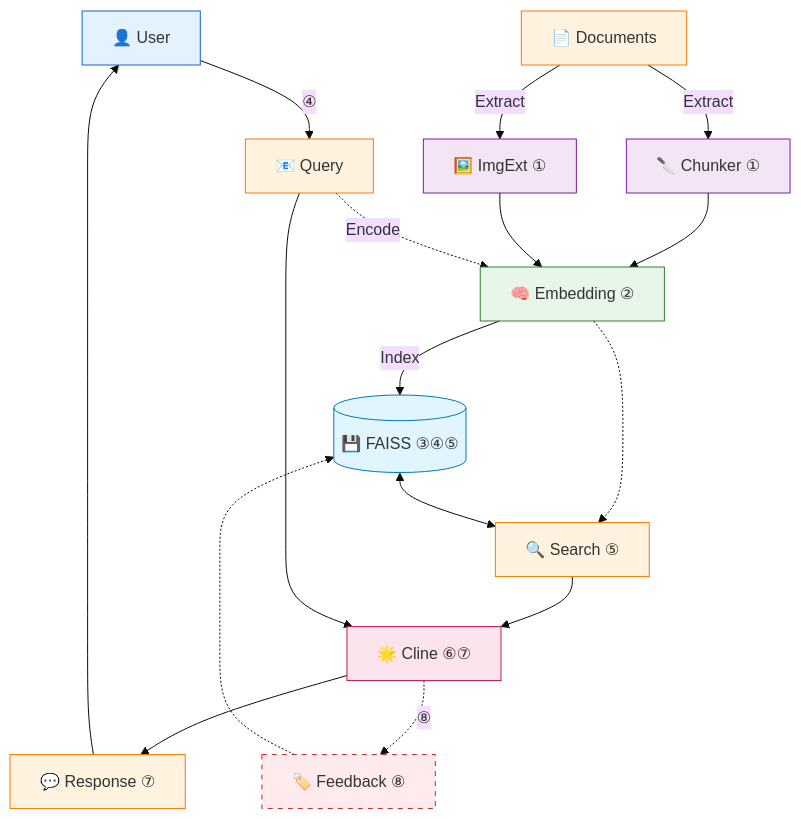
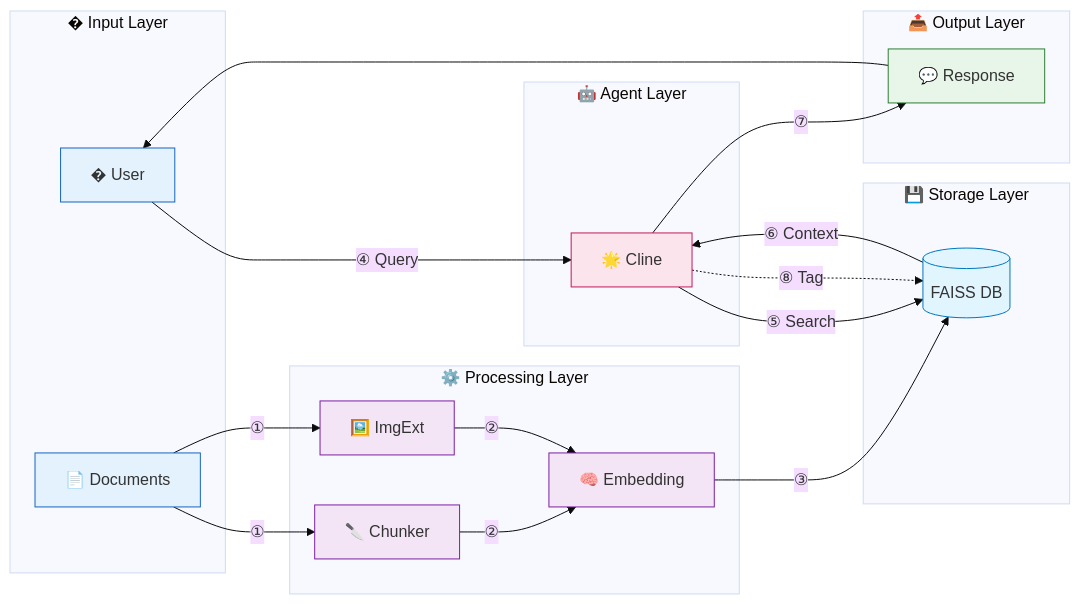
One commit to ngcix/doc-rag changed the fourth of 4 diagrams in report-doc/11-report-clineSR-withRAG.md. Above: the diagram before and after it, drawn with Mermaid (base theme). The commit also changed other lines of this file, not shown here.

Commit message:
update report full

````diff
--- a/report-doc/11-report-clineSR-withRAG.md
+++ b/report-doc/11-report-clineSR-withRAG.md
@@ -69,49 +69,54 @@
 ```mermaid
-flowchart TB
-    User[👤 User]
-    Query[📧 Query]
-    Docs[📄 Documents]
-    Chunker[🔪 Chunker ①]
-    ImgExt[🖼️ ImgExt ①]
-    Embed[🧠 Embedding ②]
-    FAISS[(💾 FAISS ③④⑤)]
-    Search[🔍 Search ⑤]
-    Cline[🌟 Cline ⑥⑦]
-    Response[💬 Response ⑦]
-    AddTag[🏷️ Feedback ⑧]
+flowchart LR
+    subgraph INPUT [� Input Layer]
+        User[� User]
+        Docs[📄 Documents]
+    end
 
-    Docs -->|Extract| Chunker
-    Docs -->|Extract| ImgExt
-    Chunker --> Embed
-    ImgExt --> Embed
-    Embed -->|Index| FAISS
+    subgraph PROCESS [⚙️ Processing Layer]
+        Chunker[🔪 Chunker]
+        ImgExt[🖼️ ImgExt]
+        Embed[🧠 Embedding]
+    end
 
-    User -->|④| Query
-    Query -.->|Encode| Embed
-    Embed -.-> Search
-    FAISS <--> Search
-    Search --> Cline
-    Query --> Cline
-    Cline --> Response
+    subgraph STORAGE [💾 Storage Layer]
+        FAISS[(FAISS DB)]
+    end
+
+    subgraph AGENT [🤖 Agent Layer]
+        Cline[🌟 Cline]
+    end
+
+    subgraph OUTPUT [📤 Output Layer]
+        Response[💬 Response]
+    end
+
+    %% Ingestion Flow (①②③)
+    Docs -->|①| Chunker
+    Docs -->|①| ImgExt
+    Chunker -->|②| Embed
+    ImgExt -->|②| Embed
+    Embed -->|③| FAISS
+
+    %% Query Flow (④⑤⑥⑦)
+    User -->|④ Query| Cline
+    Cline -->|⑤ Search| FAISS
+    FAISS -->|⑥ Context| Cline
+    Cline -->|⑦| Response
     Response --> User
 
-    Cline -.->|⑧| AddTag
-    AddTag -.-> FAISS
+    %% Feedback Flow (⑧)
+    Cline -.->|⑧ Tag| FAISS
 
-    classDef user fill:#e3f2fd,stroke:#1565c0
-    classDef doc fill:#fff3e0,stroke:#f57c00
-    classDef process fill:#f3e5f5,stroke:#7b1fa2
-    classDef model fill:#e8f5e9,stroke:#2e7d32
-    classDef db fill:#e1f5fe,stroke:#0277bd
-    classDef agent fill:#fce4ec,stroke:#c2185b
-    classDef feedback fill:#ffebee,stroke:#c62828,stroke-dasharray: 5 5
+    classDef inputStyle fill:#e3f2fd,stroke:#1565c0
+    classDef processStyle fill:#f3e5f5,stroke:#7b1fa2
+    classDef storageStyle fill:#e1f5fe,stroke:#0277bd
+    classDef agentStyle fill:#fce4ec,stroke:#c2185b
+    classDef outputStyle fill:#e8f5e9,stroke:#2e7d32
 
-    class User user
-    class Query,Docs doc
-    class Chunker,ImgExt process
-    class Embed model
-    class FAISS db
-    class Cline agent
-    class Search,Response doc
-    class AddTag feedback
+    class User,Docs inputStyle
+    class Chunker,ImgExt,Embed processStyle
+    class FAISS storageStyle
+    class Cline agentStyle
+    class Response outputStyle
 ```
````
